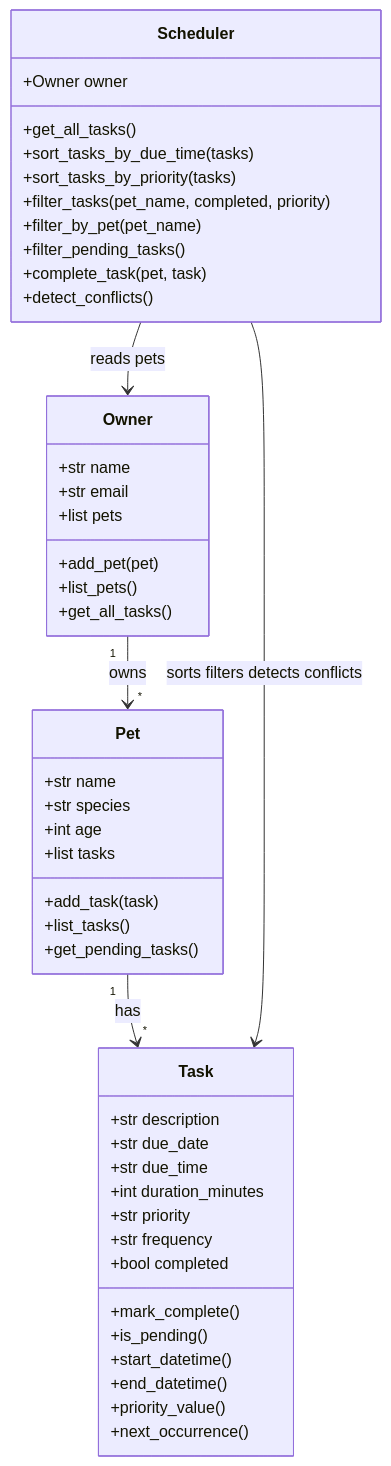
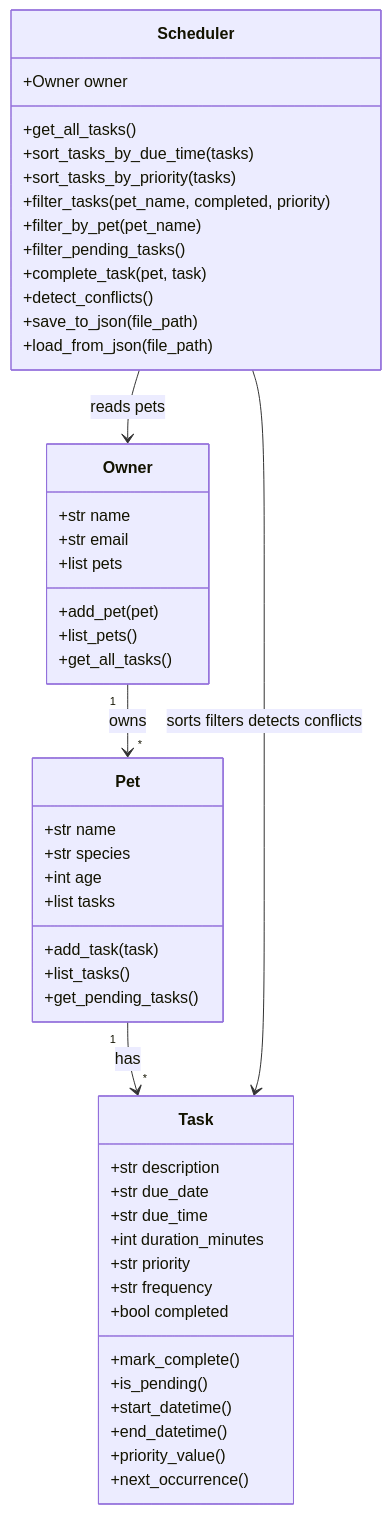
Before and after one commit to Apple-beep/ai110-module2show-pawpal-starter: the diagram in diagrams/uml_final.mmd, drawn with Mermaid. The commit also changed 4 other files, not shown here.

```diff
--- a/diagrams/uml_final.mmd
+++ b/diagrams/uml_final.mmd
@@ -1,52 +1,54 @@
 classDiagram
     class Owner {
         +str name
         +str email
         +list pets
         +add_pet(pet)
         +list_pets()
         +get_all_tasks()
     }
 
     class Pet {
         +str name
         +str species
         +int age
         +list tasks
         +add_task(task)
         +list_tasks()
         +get_pending_tasks()
     }
 
     class Task {
         +str description
         +str due_date
         +str due_time
         +int duration_minutes
         +str priority
         +str frequency
         +bool completed
         +mark_complete()
         +is_pending()
         +start_datetime()
         +end_datetime()
         +priority_value()
         +next_occurrence()
     }
 
     class Scheduler {
         +Owner owner
         +get_all_tasks()
         +sort_tasks_by_due_time(tasks)
         +sort_tasks_by_priority(tasks)
         +filter_tasks(pet_name, completed, priority)
         +filter_by_pet(pet_name)
         +filter_pending_tasks()
         +complete_task(pet, task)
         +detect_conflicts()
+        +save_to_json(file_path)
+        +load_from_json(file_path)
     }
 
     Owner "1" --> "*" Pet : owns
     Pet "1" --> "*" Task : has
     Scheduler --> Owner : reads pets
     Scheduler --> Task : sorts filters detects conflicts
```
